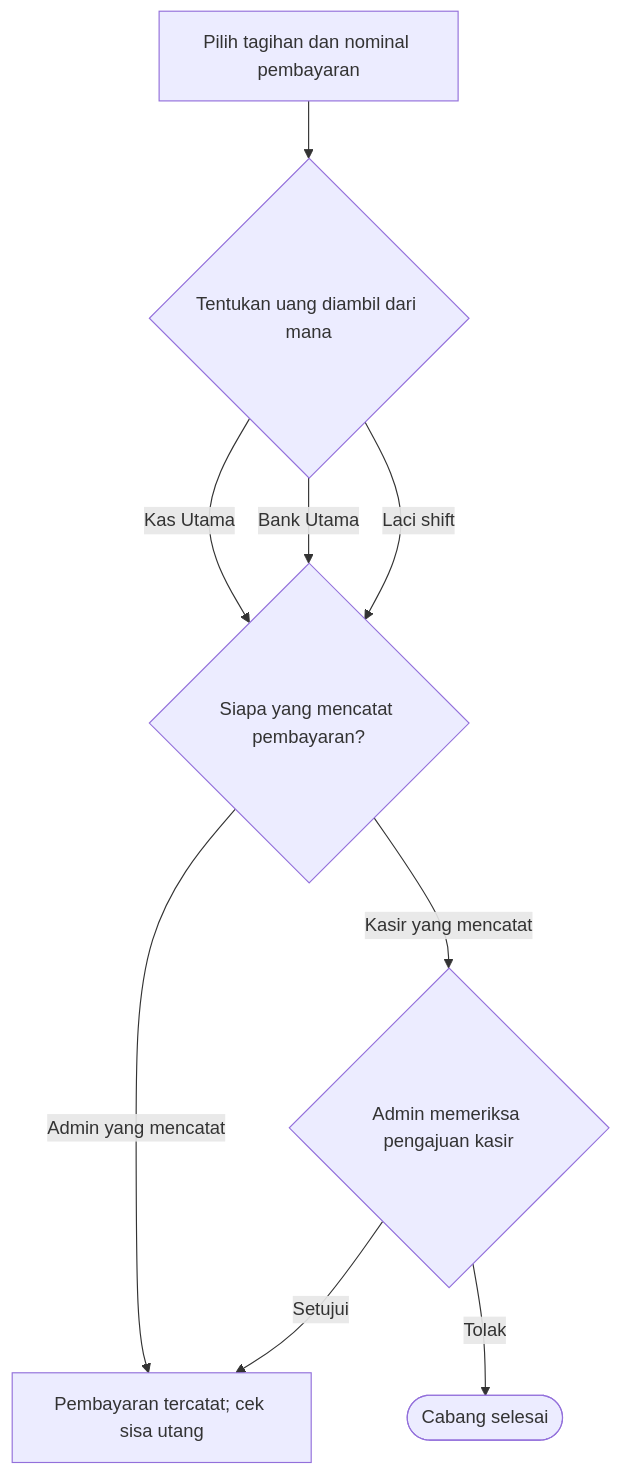
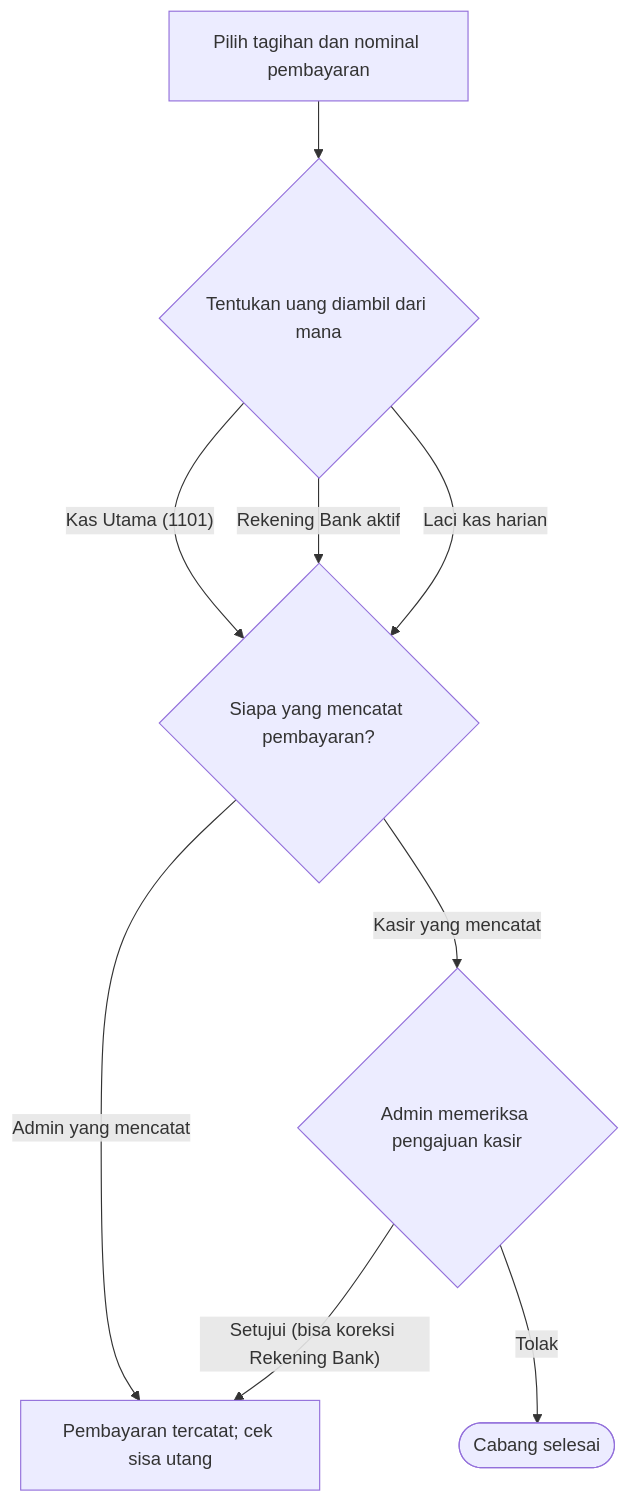
One commit to Bagas10k/kasir-bangunan changed the third of 10 diagrams in docx/DIAGRAM.md. Above: the diagram before and after it, drawn with Mermaid. The commit also changed other lines of this file and 52 other files, not shown here.

````diff
--- a/docx/DIAGRAM.md
+++ b/docx/DIAGRAM.md
@@ -77,17 +77,17 @@
 ```mermaid
 flowchart TD
     n0["Pilih tagihan dan nominal pembayaran"]
     n1{"Tentukan uang diambil dari mana"}
     n2{"Siapa yang mencatat pembayaran?"}
     n3{"Admin memeriksa pengajuan kasir"}
     n4["Pembayaran tercatat; cek sisa utang"]
     n0 --> n1
-    n1 -->|"Kas Utama"| n2
-    n1 -->|"Bank Utama"| n2
-    n1 -->|"Laci shift"| n2
+    n1 -->|"Kas Utama (1101)"| n2
+    n1 -->|"Rekening Bank aktif"| n2
+    n1 -->|"Laci kas harian"| n2
     n2 -->|"Admin yang mencatat"| n4
     n2 -->|"Kasir yang mencatat"| n3
-    n3 -->|"Setujui"| n4
+    n3 -->|"Setujui (bisa koreksi Rekening Bank)"| n4
     end0(["Cabang selesai"])
     n3 -->|"Tolak"| end0
 ```
````
